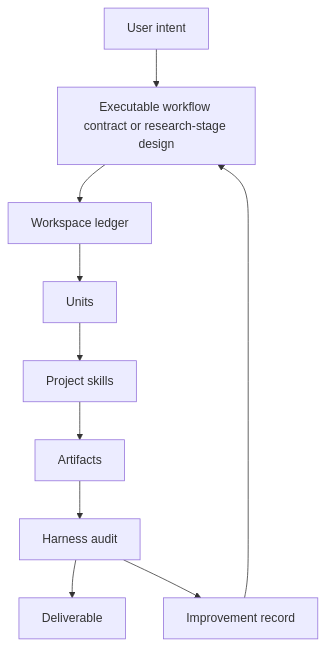
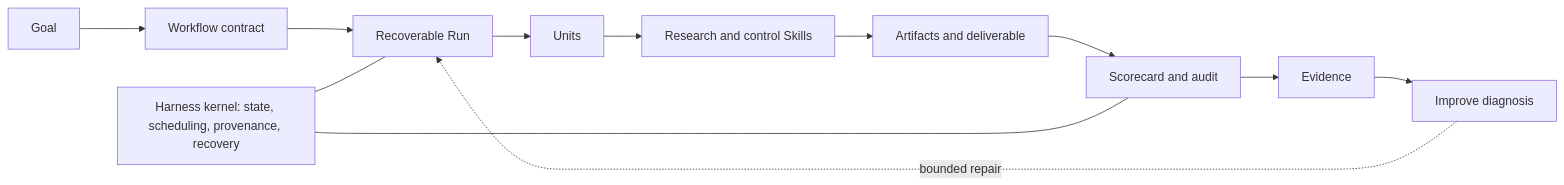
Before and after one commit to WILLOSCAR/research-units-pipeline-skills: the diagram in README.md, drawn with Mermaid. The commit also changed other lines of this file and 697 other files, not shown here.

Commit message:
feat: consolidate the auto research harness

````diff
--- a/README.md
+++ b/README.md
@@ -47,12 +93,15 @@
 ```mermaid
-flowchart TD
-    A["User intent"] --> B["Executable workflow contract or research-stage design"]
-    B --> C["Workspace ledger"]
-    C --> D["Units"]
-    D --> E["Project skills"]
-    E --> F["Artifacts"]
-    F --> G["Harness audit"]
-    G --> H["Deliverable"]
-    G --> I["Improvement record"]
-    I --> B
+flowchart LR
+    G["Goal"] --> W["Workflow contract"]
+    W --> R["Recoverable Run"]
+    R --> U["Units"]
+    U --> S["Research and control Skills"]
+    S --> A["Artifacts and deliverable"]
+    A --> Q["Scorecard and audit"]
+    Q --> E["Evidence"]
+    E --> I["Improve diagnosis"]
+    I -. "bounded repair" .-> R
+
+    H["Harness kernel: state, scheduling, provenance, recovery"] --- R
+    H --- Q
 ```
````
